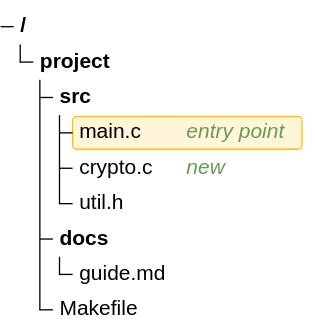
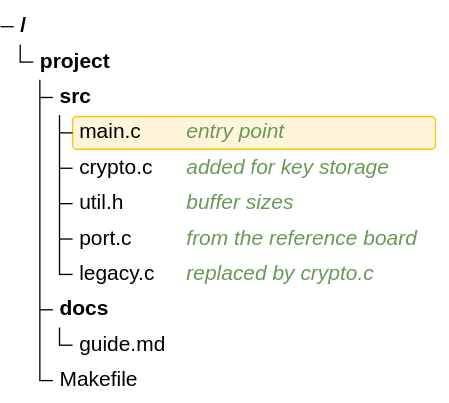
Diagram 29 of 34 in _Meta/Mermaid Preview.md (zelvet-velvet/agent-worklog-vault), drawn with Mermaid before and after one commit. The commit also changed other lines of this file and 4 other files, not shown here.

Commit message:
style(mermaid): dark theme chips, sankey labels above flows, solid packet, level git ids, tree-view status colours

````diff
--- a/_Meta/Mermaid Preview.md
+++ b/_Meta/Mermaid Preview.md
@@ -1054,11 +1054,13 @@
 ```mermaid
 treeView-beta
     project/
         src/
             main.c :::highlight ## entry point
-            crypto.c ## new
-            util.h
+            crypto.c :::new ## added for key storage
+            util.h :::edited ## buffer sizes
+            port.c :::ported ## from the reference board
+            legacy.c :::removed ## replaced by crypto.c
         docs/
             guide.md
         Makefile
 ```
````
